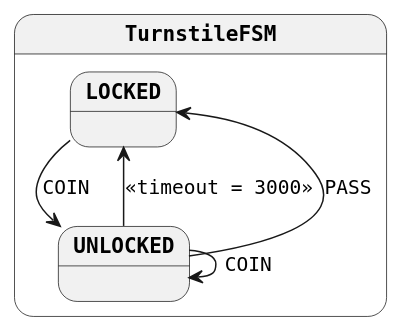
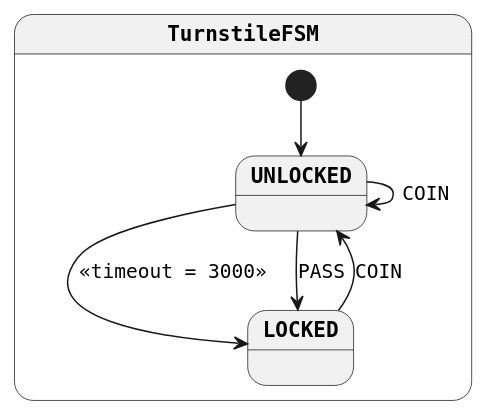
One commit to open-jumpco/kfsm-android changed the diagram in app/generated/turnstile-simple.plantuml. Above: the diagram before and after it, drawn with PlantUML. The commit also changed 7 other files, not shown here.

```diff
--- a/app/generated/turnstile-simple.plantuml
+++ b/app/generated/turnstile-simple.plantuml
@@ -1,16 +1,16 @@
 @startuml
 skinparam monochrome true
 skinparam StateFontName Helvetica
 skinparam defaultFontName Monospaced
 skinparam defaultFontStyle Bold
 skinparam state {
-    FontColor Black
     FontStyle Bold
 }
 state TurnstileFSM {
+[*] --> UNLOCKED
 LOCKED --> UNLOCKED : COIN
 UNLOCKED --> LOCKED : <<timeout = 3000>>
 UNLOCKED --> LOCKED : PASS
 UNLOCKED --> UNLOCKED : COIN
 }
 @enduml
```
